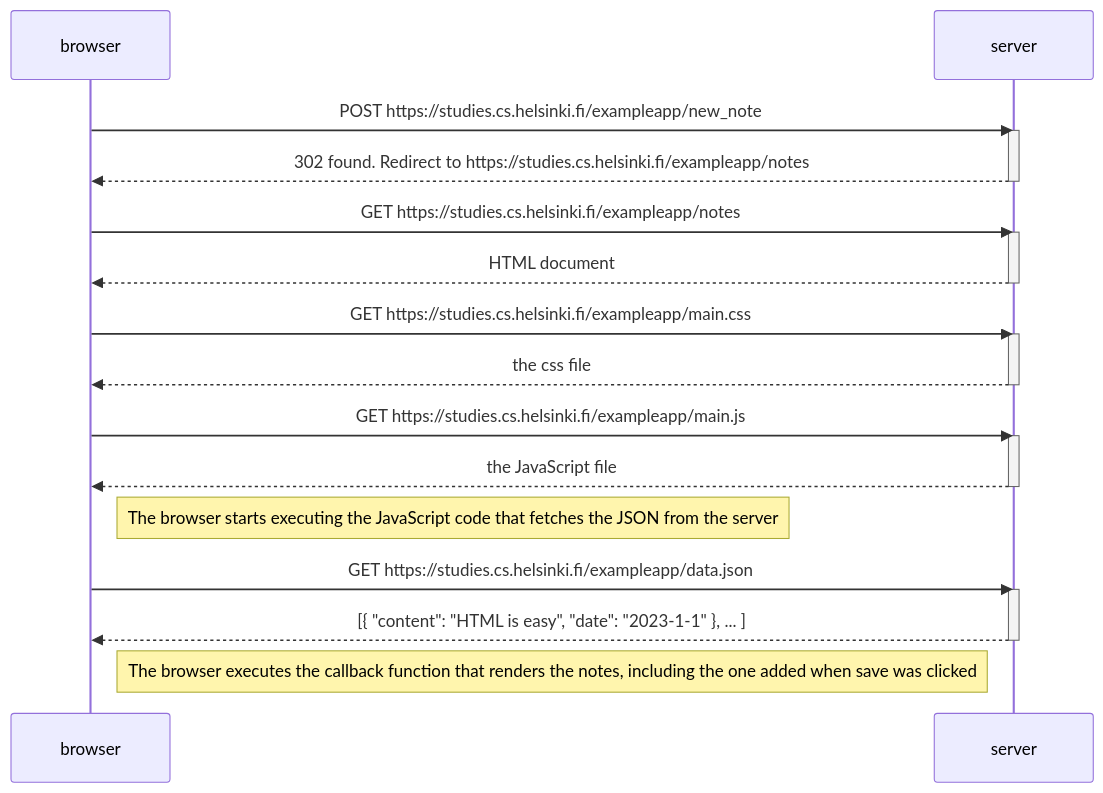
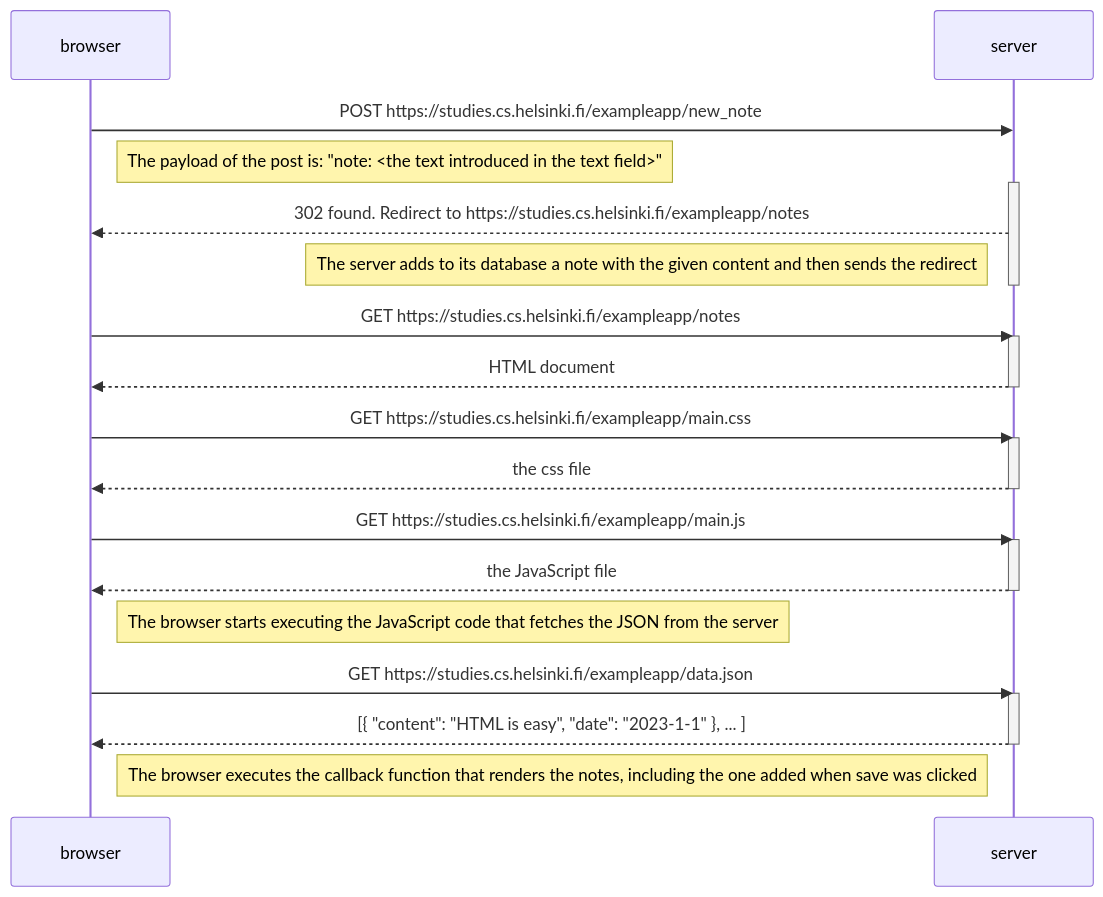
Before and after one commit to ElenaCM-0/FUSTA: the diagram in part0/ex4.md, drawn with Mermaid.

Commit message:
Maxing ex4 more complete

````diff
--- a/part0/ex4.md
+++ b/part0/ex4.md
@@ -1,36 +1,38 @@
 ```mermaid
 sequenceDiagram
 
 participant browser
 participant server
 
 browser->>server: POST https://studies.cs.helsinki.fi/exampleapp/new_note
+Note right of browser: The payload of the post is: "note: <the text introduced in the text field>"
 
 activate server
 server-->>browser: 302 found. Redirect to https://studies.cs.helsinki.fi/exampleapp/notes
+Note left of server: The server adds to its database a note with the given content and then sends the redirect
 deactivate server
 
 browser->>server: GET https://studies.cs.helsinki.fi/exampleapp/notes
 activate server
 server-->>browser: HTML document
 deactivate server
 
 browser->>server: GET https://studies.cs.helsinki.fi/exampleapp/main.css
 activate server
 server-->>browser: the css file
 deactivate server
 
 browser->>server: GET https://studies.cs.helsinki.fi/exampleapp/main.js
 activate server
 server-->>browser: the JavaScript file
 deactivate server
 
 Note right of browser: The browser starts executing the JavaScript code that fetches the JSON from the server
 
 browser->>server: GET https://studies.cs.helsinki.fi/exampleapp/data.json
 activate server
 server-->>browser: [{ "content": "HTML is easy", "date": "2023-1-1" }, ... ]
 deactivate server
 
 Note right of browser: The browser executes the callback function that renders the notes, including the one added when save was clicked
 ```
````
